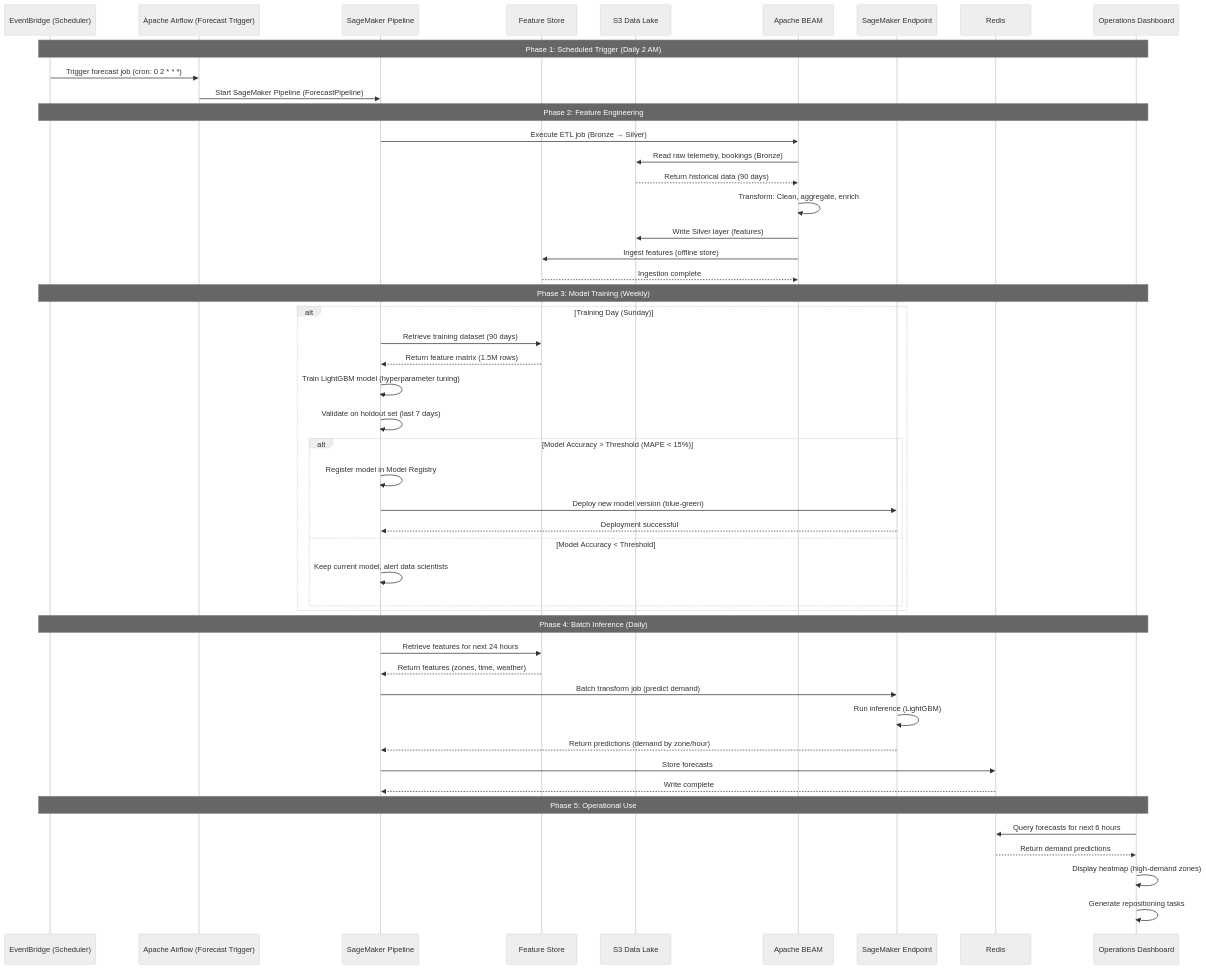
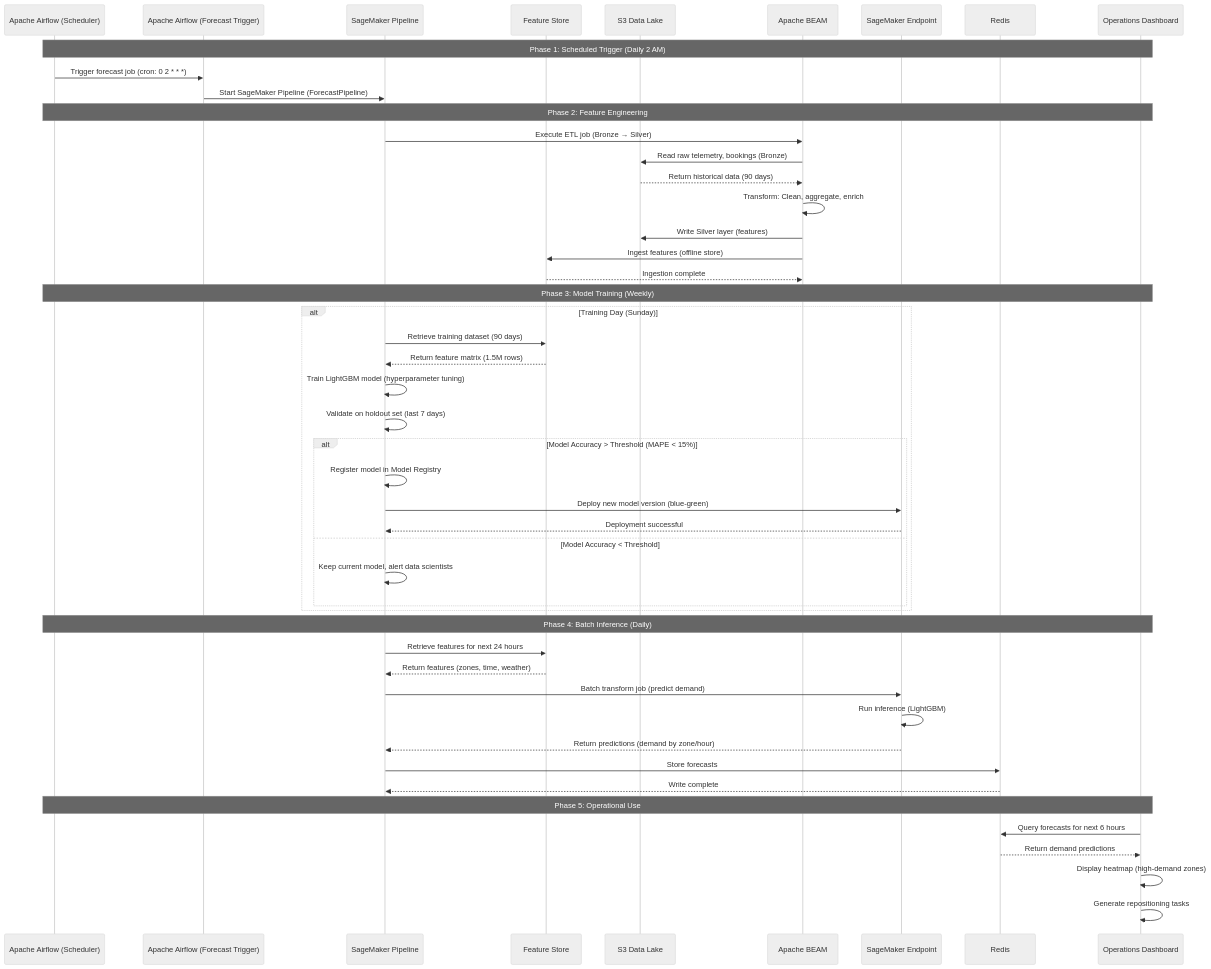
One commit to SumoSumir/kata-na changed the diagram in HLD/scenarios/demand_forecasting.md. Above: the diagram before and after it, drawn with Mermaid (neutral theme). The commit also changed other lines of this file and 3 other files, not shown here.

````diff
--- a/HLD/scenarios/demand_forecasting.md
+++ b/HLD/scenarios/demand_forecasting.md
@@ -35,55 +35,55 @@
 ```mermaid
 sequenceDiagram
-    participant EB as EventBridge (Scheduler)
+    participant EB as Apache Airflow (Scheduler)
     participant L as Apache Airflow (Forecast Trigger)
     participant SM as SageMaker Pipeline
     participant FS as Feature Store
     participant S3 as S3 Data Lake
     participant AB as Apache BEAM
     participant Model as SageMaker Endpoint
     participant DB as Redis
     participant Ops as Operations Dashboard
 
     Note over EB,Ops: Phase 1: Scheduled Trigger (Daily 2 AM)
     EB->>L: Trigger forecast job (cron: 0 2 * * *)
     L->>SM: Start SageMaker Pipeline (ForecastPipeline)
 
     Note over EB,Ops: Phase 2: Feature Engineering
     SM->>AB: Execute ETL job (Bronze → Silver)
     AB->>S3: Read raw telemetry, bookings (Bronze)
     S3-->>AB: Return historical data (90 days)
     AB->>AB: Transform: Clean, aggregate, enrich
     AB->>S3: Write Silver layer (features)
     AB->>FS: Ingest features (offline store)
     FS-->>AB: Ingestion complete
 
     Note over EB,Ops: Phase 3: Model Training (Weekly)
     alt Training Day (Sunday)
         SM->>FS: Retrieve training dataset (90 days)
         FS-->>SM: Return feature matrix (1.5M rows)
         SM->>SM: Train LightGBM model (hyperparameter tuning)
         SM->>SM: Validate on holdout set (last 7 days)
         alt Model Accuracy > Threshold (MAPE < 15%)
             SM->>SM: Register model in Model Registry
             SM->>Model: Deploy new model version (blue-green)
             Model-->>SM: Deployment successful
         else Model Accuracy < Threshold
             SM->>SM: Keep current model, alert data scientists
         end
     end
 
     Note over EB,Ops: Phase 4: Batch Inference (Daily)
     SM->>FS: Retrieve features for next 24 hours
     FS-->>SM: Return features (zones, time, weather)
     SM->>Model: Batch transform job (predict demand)
     Model->>Model: Run inference (LightGBM)
     Model-->>SM: Return predictions (demand by zone/hour)
     SM->>DB: Store forecasts
     DB-->>SM: Write complete
 
     Note over EB,Ops: Phase 5: Operational Use
     Ops->>DB: Query forecasts for next 6 hours
     DB-->>Ops: Return demand predictions
     Ops->>Ops: Display heatmap (high-demand zones)
     Ops->>Ops: Generate repositioning tasks
 ```
````
